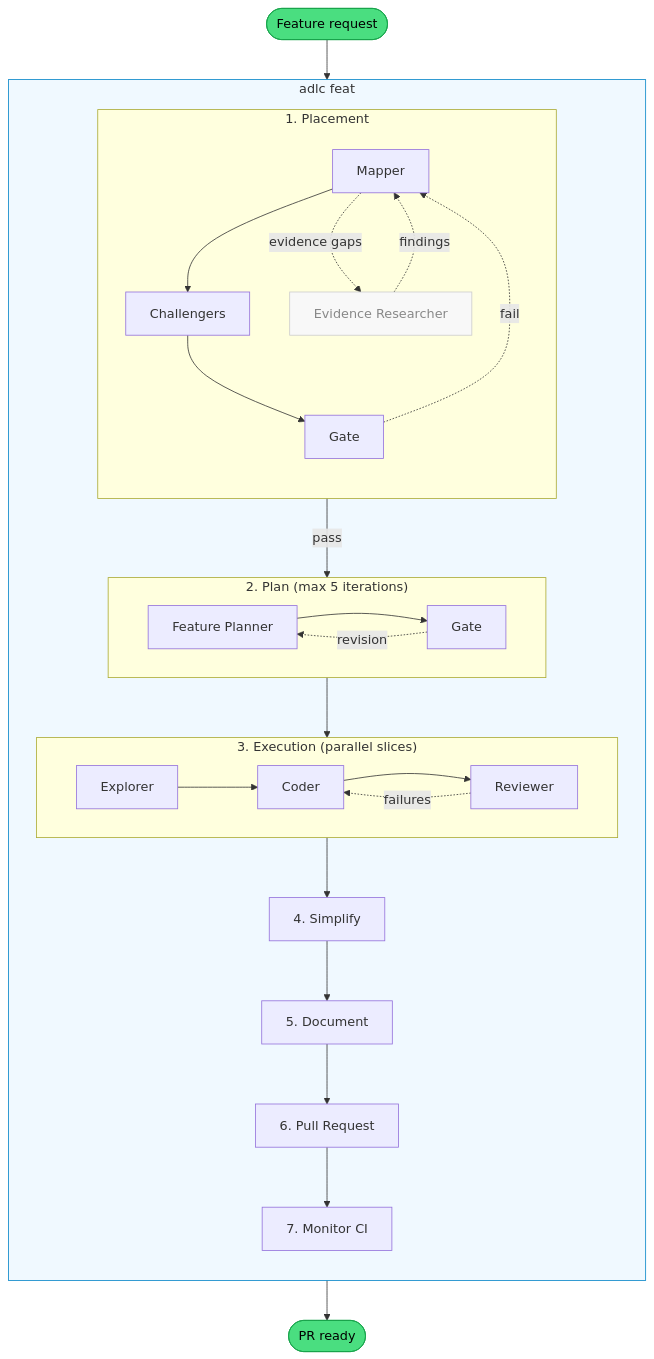
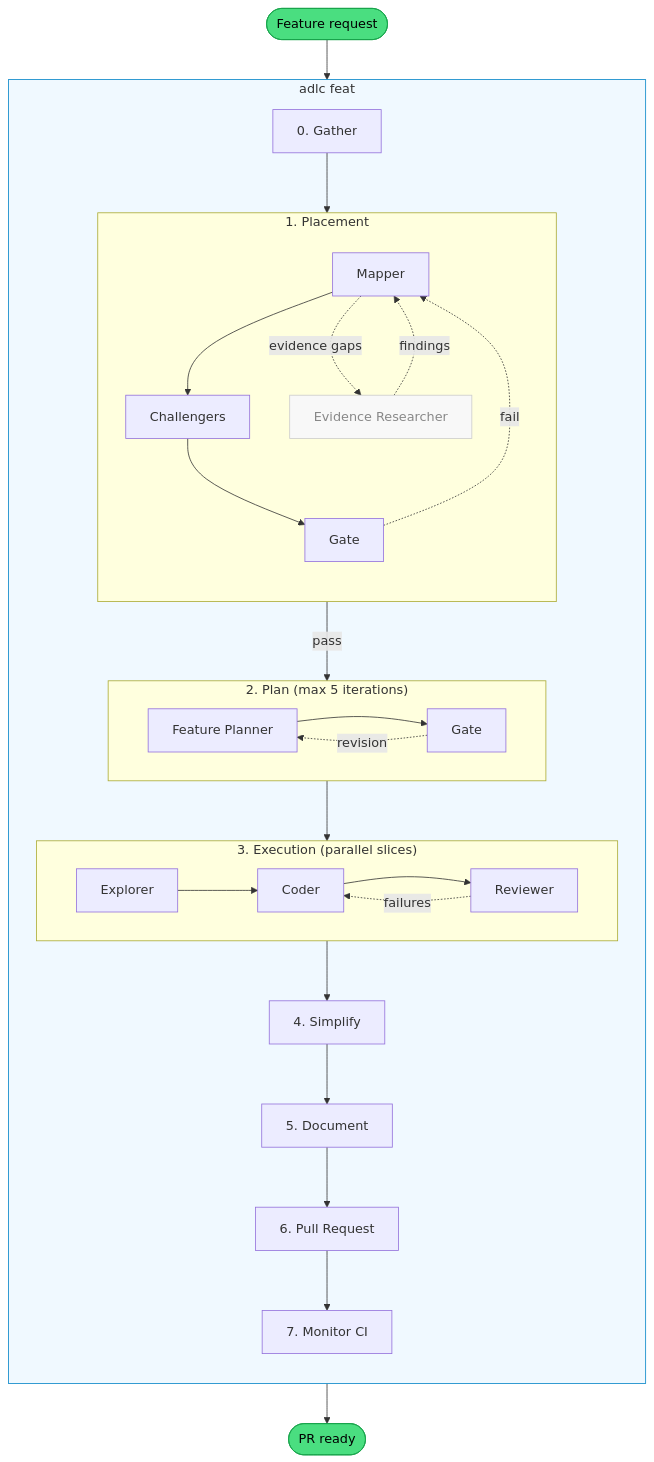
One commit to patricklafrance/plantz-claude-v3 changed the first of 2 diagrams in README.md. Above: the diagram before and after it, drawn with Mermaid. The commit also changed other lines of this file and 2 other files, not shown here.

````diff
--- a/README.md
+++ b/README.md
@@ -25,40 +25,42 @@
 ```mermaid
 flowchart TD
-    Start([Feature request]) --> Mapper
+    Start([Feature request]) --> Gather
 
     subgraph Coord["adlc feat"]
         direction TB
+
+        Gather["0. Gather"] --> ModuleMap
 
         subgraph ModuleMap["1. Placement"]
             direction TB
             Mapper --> Challengers --> Gate
             Mapper -. "evidence gaps" .-> Evidence["Evidence Researcher"] -. findings .-> Mapper
             Gate -. "fail" .-> Mapper
         end
 
         Gate -- "pass" --> PlanLoop
 
         subgraph PlanLoop["2. Plan (max 5 iterations)"]
             direction LR
             Planner["Feature Planner"] --> PlanGate["Gate"]
             PlanGate -. "revision" .-> Planner
         end
 
         PlanLoop --> SliceLoop
 
         subgraph SliceLoop["3. Execution (parallel slices)"]
             direction LR
             Explorer --> Coder --> Reviewer
             Reviewer -. "failures" .-> Coder
         end
 
         SliceLoop --> Simplify["4. Simplify"] --> Document["5. Document"] --> PR["6. Pull Request"] --> Monitor["7. Monitor CI"]
     end
 
     Monitor --> Done([PR ready])
 
     style Start fill:#4ade80,stroke:#16a34a,color:#000
     style Done fill:#4ade80,stroke:#16a34a,color:#000
     style Coord fill:#f0f9ff,stroke:#0284c7
     style Evidence fill:#f8f8f8,stroke:#ccc,color:#888
 ```
````
